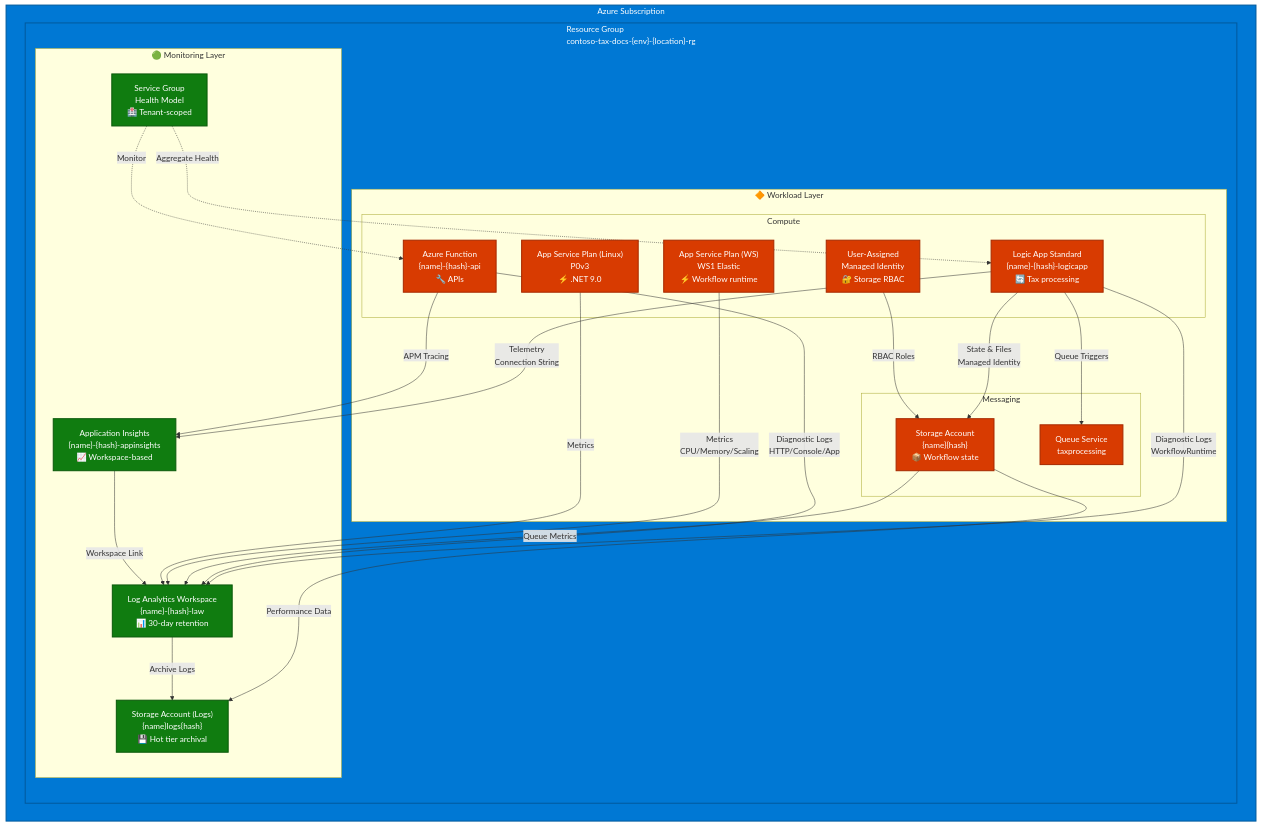
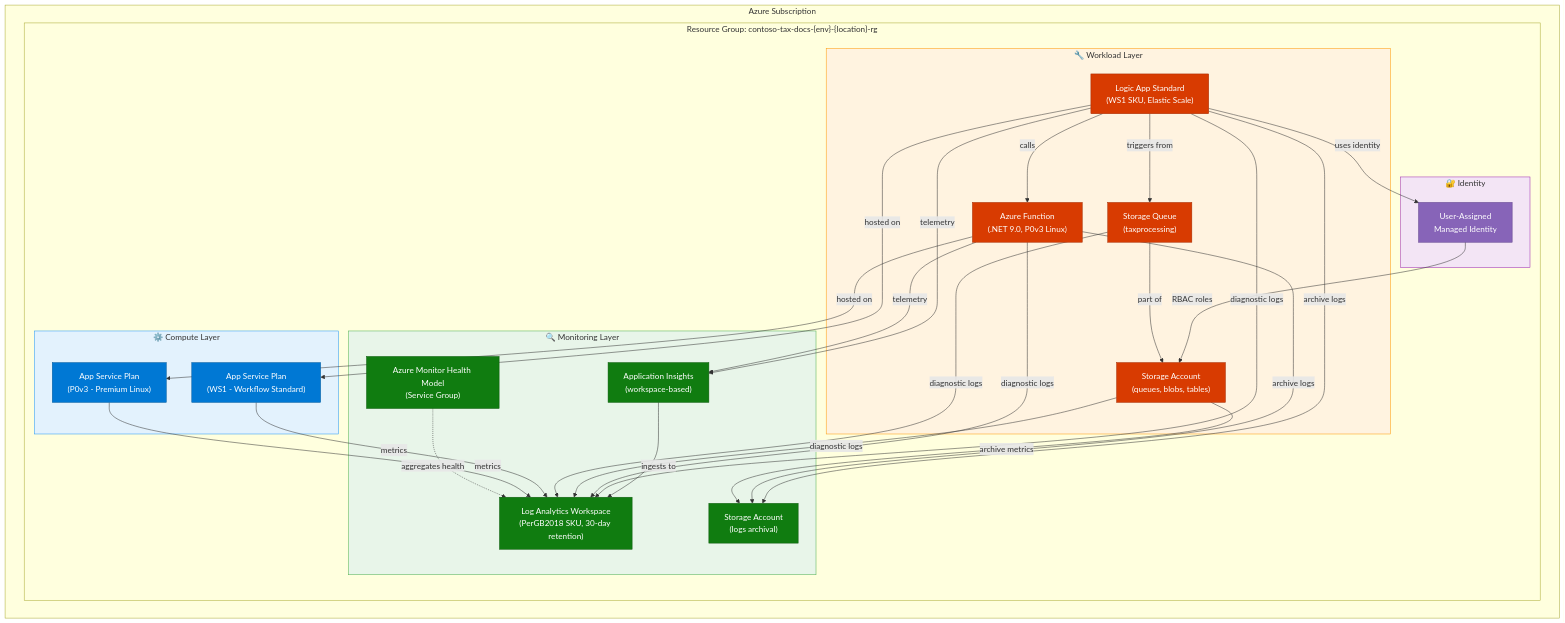
Before and after one commit to Evilazaro/Azure-LogicApps-Monitoring: the first of 2 diagrams in README.md, drawn with Mermaid. The commit also changed other lines of this file, not shown here.

Commit message:
Implement feature X to enhance user experience and optimize performance

````diff
--- a/README.md
+++ b/README.md
@@ -228,64 +161,79 @@
 ```mermaid
 graph TB
-    subgraph Azure["Azure Subscription"]
-        subgraph RG["Resource Group<br/>contoso-tax-docs-{env}-{location}-rg"]
+    subgraph Azure Subscription
+        subgraph "Resource Group: contoso-tax-docs-{env}-{location}-rg"
             
-            subgraph Monitoring["🟢 Monitoring Layer"]
-                LAW["Log Analytics Workspace<br/>{name}-{hash}-law<br/>📊 30-day retention"]
-                AppInsights["Application Insights<br/>{name}-{hash}-appinsights<br/>📈 Workspace-based"]
-                LogStorage["Storage Account (Logs)<br/>{name}logs{hash}<br/>💾 Hot tier archival"]
-                HealthModel["Service Group<br/>Health Model<br/>🏥 Tenant-scoped"]
+            subgraph Monitoring["🔍 Monitoring Layer"]
+                LAW["Log Analytics Workspace<br/>(PerGB2018 SKU, 30-day retention)"]
+                AppInsights["Application Insights<br/>(workspace-based)"]
+                LogStorage["Storage Account<br/>(logs archival)"]
+                HealthModel["Azure Monitor Health Model<br/>(Service Group)"]
+                
+                style LAW fill:#107C10,stroke:#0B5A0B,color:#fff
+                style AppInsights fill:#107C10,stroke:#0B5A0B,color:#fff
+                style LogStorage fill:#107C10,stroke:#0B5A0B,color:#fff
+                style HealthModel fill:#107C10,stroke:#0B5A0B,color:#fff
             end
             
-            subgraph Workload["🔶 Workload Layer"]
-                subgraph Messaging["Messaging"]
-                    WorkflowStorage["Storage Account<br/>{name}{hash}<br/>📦 Workflow state"]
-                    Queue["Queue Service<br/>taxprocessing"]
-                end
+            subgraph Workload["🔧 Workload Layer"]
+                LogicApp["Logic App Standard<br/>(WS1 SKU, Elastic Scale)"]
+                FunctionApp["Azure Function<br/>(.NET 9.0, P0v3 Linux)"]
+                WorkflowStorage["Storage Account<br/>(queues, blobs, tables)"]
+                Queue["Storage Queue<br/>(taxprocessing)"]
                 
-                subgraph Compute["Compute"]
-                    FunctionPlan["App Service Plan (Linux)<br/>P0v3<br/>⚡ .NET 9.0"]
-                    FunctionApp["Azure Function<br/>{name}-{hash}-api<br/>🔧 APIs"]
-                    
-                    LogicPlan["App Service Plan (WS)<br/>WS1 Elastic<br/>⚡ Workflow runtime"]
-                    LogicApp["Logic App Standard<br/>{name}-{hash}-logicapp<br/>🔄 Tax processing"]
-                    ManagedIdentity["User-Assigned<br/>Managed Identity<br/>🔐 Storage RBAC"]
-                end
+                style LogicApp fill:#D83B01,stroke:#A62A00,color:#fff
+                style FunctionApp fill:#D83B01,stroke:#A62A00,color:#fff
+                style WorkflowStorage fill:#D83B01,stroke:#A62A00,color:#fff
+                style Queue fill:#D83B01,stroke:#A62A00,color:#fff
             end
+            
+            subgraph Compute["⚙️ Compute Layer"]
+                ASP_Logic["App Service Plan<br/>(WS1 - Workflow Standard)"]
+                ASP_Function["App Service Plan<br/>(P0v3 - Premium Linux)"]
+                
+                style ASP_Logic fill:#0078D4,stroke:#005A9E,color:#fff
+                style ASP_Function fill:#0078D4,stroke:#005A9E,color:#fff
+            end
+            
+            subgraph Identity["🔐 Identity"]
+                ManagedID["User-Assigned<br/>Managed Identity"]
+                
+                style ManagedID fill:#8764B8,stroke:#5E3F8A,color:#fff
+            end
+            
         end
     end
     
-    %% Data flow arrows
-    LogicApp -->|"Diagnostic Logs<br/>WorkflowRuntime"| LAW
-    LogicApp -->|"Telemetry<br/>Connection String"| AppInsights
-    LogicApp -->|"State & Files<br/>Managed Identity"| WorkflowStorage
-    LogicApp -->|"Queue Triggers"| Queue
+    %% Data Flow Relationships
+    LogicApp -->|telemetry| AppInsights
+    FunctionApp -->|telemetry| AppInsights
+    AppInsights -->|ingests to| LAW
     
-    FunctionApp -->|"Diagnostic Logs<br/>HTTP/Console/App"| LAW
-    FunctionApp -->|"APM Tracing"| AppInsights
+    LogicApp -->|diagnostic logs| LAW
+    FunctionApp -->|diagnostic logs| LAW
+    WorkflowStorage -->|diagnostic logs| LAW
+    Queue -->|diagnostic logs| LAW
+    ASP_Logic -->|metrics| LAW
+    ASP_Function -->|metrics| LAW
     
-    WorkflowStorage -->|"Queue Metrics"| LAW
-    WorkflowStorage -->|"Performance Data"| LogStorage
+    LogicApp -->|archive logs| LogStorage
+    FunctionApp -->|archive logs| LogStorage
+    WorkflowStorage -->|archive metrics| LogStorage
     
-    LogicPlan -->|"Metrics<br/>CPU/Memory/Scaling"| LAW
-    FunctionPlan -->|"Metrics"| LAW
+    LogicApp -->|hosted on| ASP_Logic
+    FunctionApp -->|hosted on| ASP_Function
     
-    AppInsights -->|"Workspace Link"| LAW
-    LAW -->|"Archive Logs"| LogStorage
+    LogicApp -->|uses identity| ManagedID
+    ManagedID -->|RBAC roles| WorkflowStorage
     
-    HealthModel -.->|"Aggregate Health"| LogicApp
-    HealthModel -.->|"Monitor"| FunctionApp
+    Queue -->|part of| WorkflowStorage
+    LogicApp -->|triggers from| Queue
+    LogicApp -->|calls| FunctionApp
     
-    ManagedIdentity -->|"RBAC Roles"| WorkflowStorage
+    HealthModel -.aggregates health.-> LAW
     
-    %% Styling
-    classDef monitoring fill:#107C10,stroke:#0B5A0B,stroke-width:2px,color:#fff
-    classDef workload fill:#D83B01,stroke:#A72A00,stroke-width:2px,color:#fff
-    classDef infrastructure fill:#0078D4,stroke:#005A9E,stroke-width:2px,color:#fff
-    classDef external fill:#8764B8,stroke:#6B4C9A,stroke-width:2px,color:#fff
-    classDef data fill:#605E5C,stroke:#3B3A39,stroke-width:1px,color:#fff
-    
-    class LAW,AppInsights,LogStorage,HealthModel monitoring
-    class WorkflowStorage,Queue,FunctionApp,LogicApp,FunctionPlan,LogicPlan,ManagedIdentity workload
-    class RG,Azure infrastructure
+    style Monitoring fill:#E8F5E9,stroke:#4CAF50
+    style Workload fill:#FFF3E0,stroke:#FF9800
+    style Compute fill:#E3F2FD,stroke:#2196F3
+    style Identity fill:#F3E5F5,stroke:#9C27B0
 ```
````
